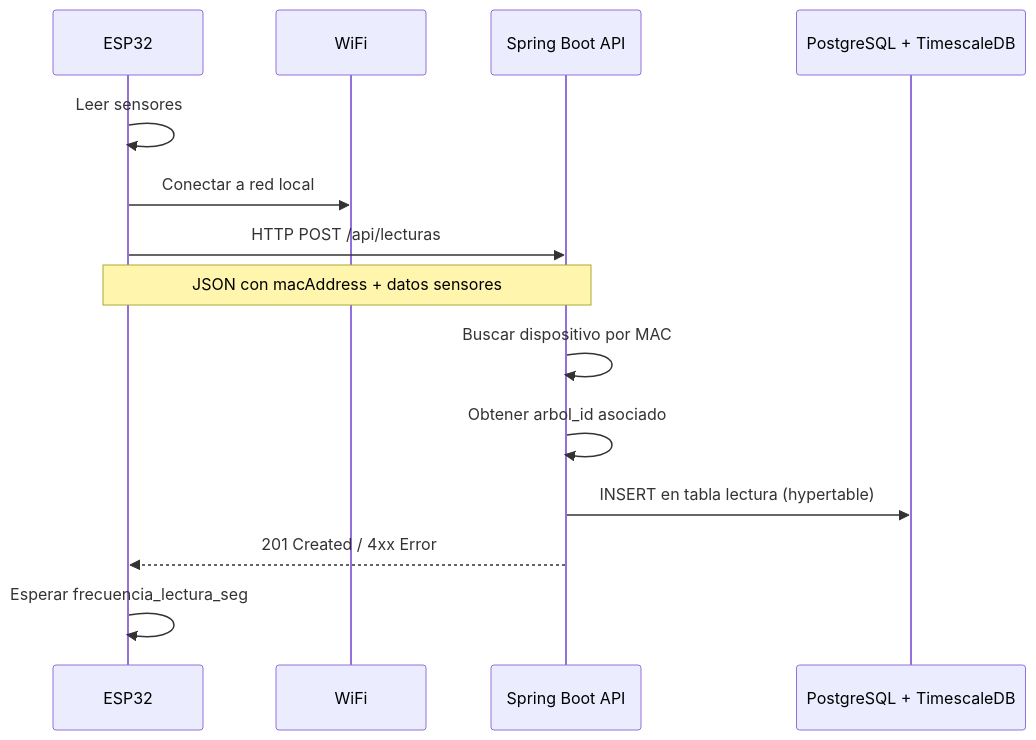
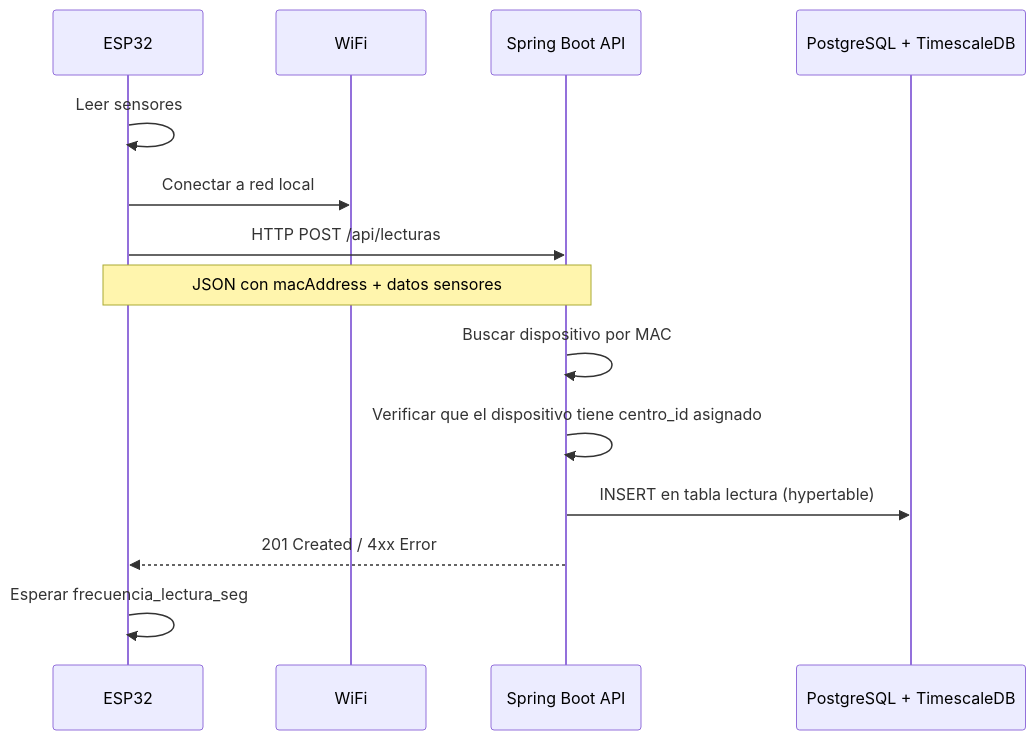
Before and after one commit to riordi80/vocational-training-final-project: the diagram in docs/05. ROADMAP_IOT_ESP32.md, drawn with Mermaid. The commit also changed other lines of this file and 6 other files, not shown here.

````diff
--- a/docs/05. ROADMAP_IOT_ESP32.md
+++ b/docs/05. ROADMAP_IOT_ESP32.md
@@ -12,17 +12,17 @@
 ```mermaid
 sequenceDiagram
     participant ESP32
     participant WiFi
     participant Backend as Spring Boot API
     participant DB as PostgreSQL + TimescaleDB
 
     ESP32->>ESP32: Leer sensores
     ESP32->>WiFi: Conectar a red local
     ESP32->>Backend: HTTP POST /api/lecturas
     Note over ESP32,Backend: JSON con macAddress + datos sensores
     Backend->>Backend: Buscar dispositivo por MAC
-    Backend->>Backend: Obtener arbol_id asociado
+    Backend->>Backend: Verificar que el dispositivo tiene centro_id asignado
     Backend->>DB: INSERT en tabla lectura (hypertable)
     Backend-->>ESP32: 201 Created / 4xx Error
     ESP32->>ESP32: Esperar frecuencia_lectura_seg
 ```
````
